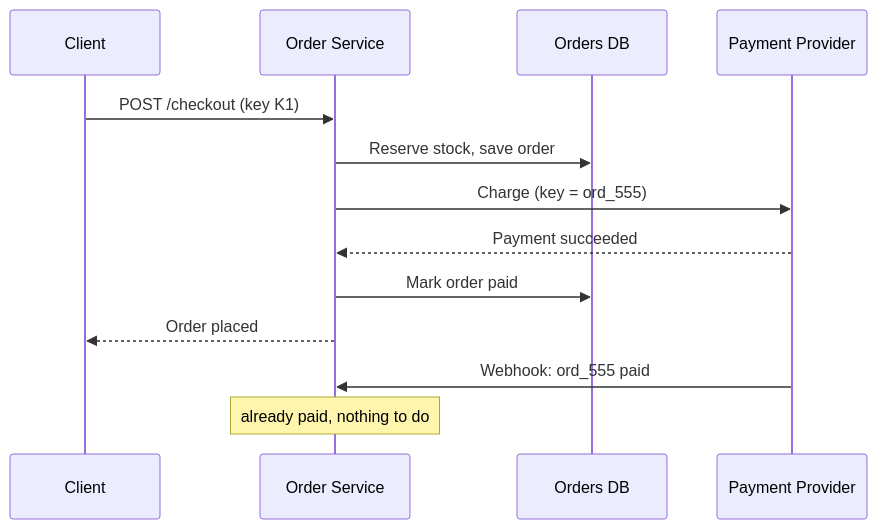
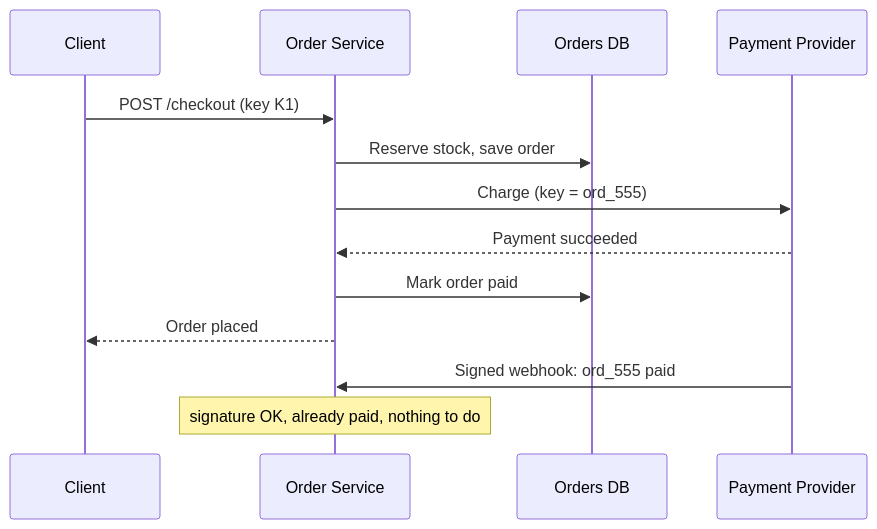
Before and after one commit to iamrs77/interview-ready: the second of 4 diagrams in content/system-design/questions/e-commerce.mdx, drawn with Mermaid. The commit also changed other lines of this file and 132 other files, not shown here.

````diff
--- a/content/system-design/questions/e-commerce.mdx
+++ b/content/system-design/questions/e-commerce.mdx
@@ -214,15 +216,15 @@
 ```mermaid
 sequenceDiagram
   participant C as Client
   participant O as Order Service
   participant DB as Orders DB
   participant P as Payment Provider
   C->>O: POST /checkout (key K1)
   O->>DB: Reserve stock, save order
   O->>P: Charge (key = ord_555)
   P-->>O: Payment succeeded
   O->>DB: Mark order paid
   O-->>C: Order placed
-  P->>O: Webhook: ord_555 paid
-  Note over O: already paid, nothing to do
+  P->>O: Signed webhook: ord_555 paid
+  Note over O: signature OK, already paid, nothing to do
 ```
````
